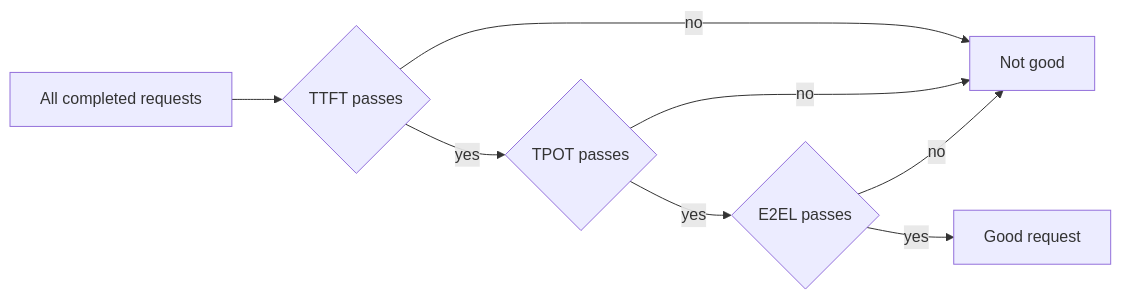
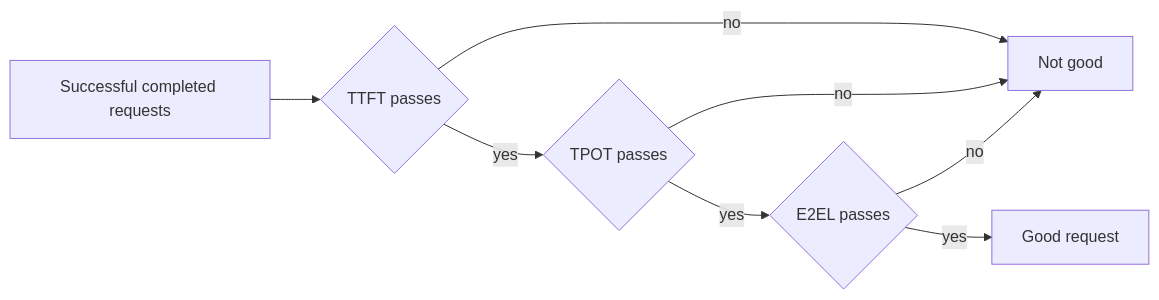
The third of 14 diagrams in book/10-experiments/README.md (cluster1900/vllm_reader), drawn with Mermaid before and after one commit. The commit also changed other lines of this file and 19 other files, not shown here.

````diff
--- a/book/10-experiments/README.md
+++ b/book/10-experiments/README.md
@@ -281,10 +282,10 @@
 ```mermaid
 flowchart LR
-    A[All completed requests] --> B{TTFT passes}
+    A[Successful completed requests] --> B{TTFT passes}
     B -- no --> X[Not good]
     B -- yes --> C{TPOT passes}
     C -- no --> X
     C -- yes --> D{E2EL passes}
     D -- no --> X
     D -- yes --> G[Good request]
 ```
````
